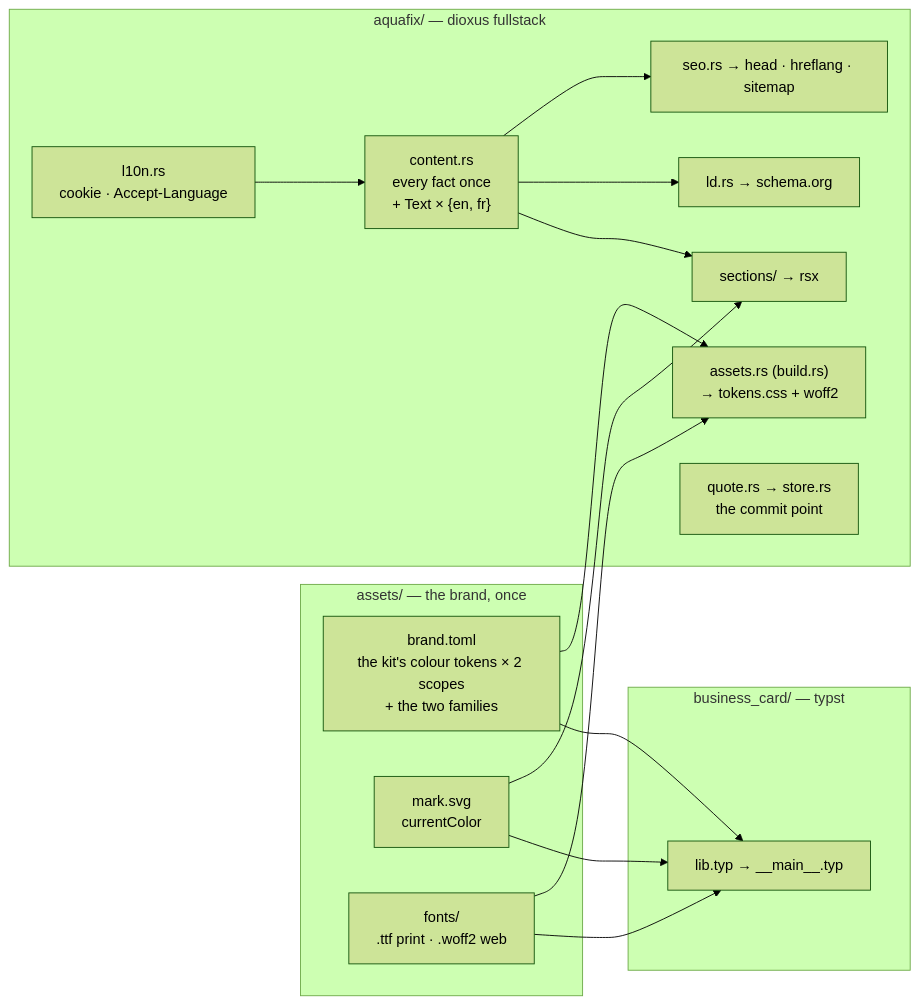
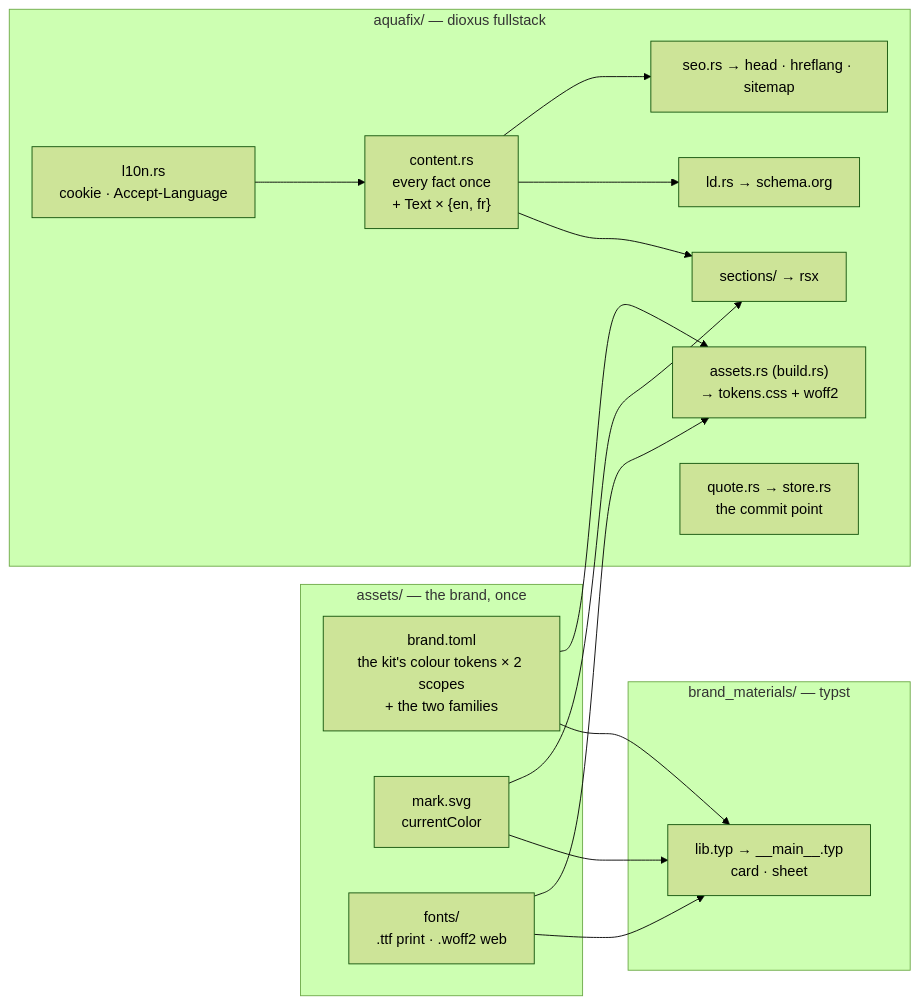
One commit to Service-Arb/aquafix changed the diagram in docs/ARCHITECTURE.md. Above: the diagram before and after it, drawn with Mermaid (forest theme). The commit also changed other lines of this file and 16 other files, not shown here.

First line of the commit message:
feat(print): brand_materials — the card, plus an A4 sheet for a door

````diff
--- a/docs/ARCHITECTURE.md
+++ b/docs/ARCHITECTURE.md
@@ -8,26 +8,26 @@
 ```mermaid
 flowchart LR
     subgraph shared["assets/ — the brand, once"]
       B["brand.toml<br/>the kit's colour tokens × 2 scopes<br/>+ the two families"]
       M["mark.svg<br/>currentColor"]
       F["fonts/<br/>.ttf print · .woff2 web"]
     end
-    subgraph card["business_card/ — typst"]
-      C["lib.typ → __main__.typ"]
+    subgraph card["brand_materials/ — typst"]
+      C["lib.typ → __main__.typ<br/>card · sheet"]
     end
     subgraph site["aquafix/ — dioxus fullstack"]
       T["assets.rs (build.rs)<br/>→ tokens.css + woff2"]
       K["content.rs<br/>every fact once<br/>+ Text × {en, fr}"]
       K --> R["sections/ → rsx"]
       K --> L["ld.rs → schema.org"]
       K --> S["seo.rs → head · hreflang · sitemap"]
       N["l10n.rs<br/>cookie · Accept-Language"] --> K
       Q["quote.rs → store.rs<br/>the commit point"]
     end
     B --> C
     M --> C
     F --> C
     B --> T
     M --> R
     F --> T
 ```
````
